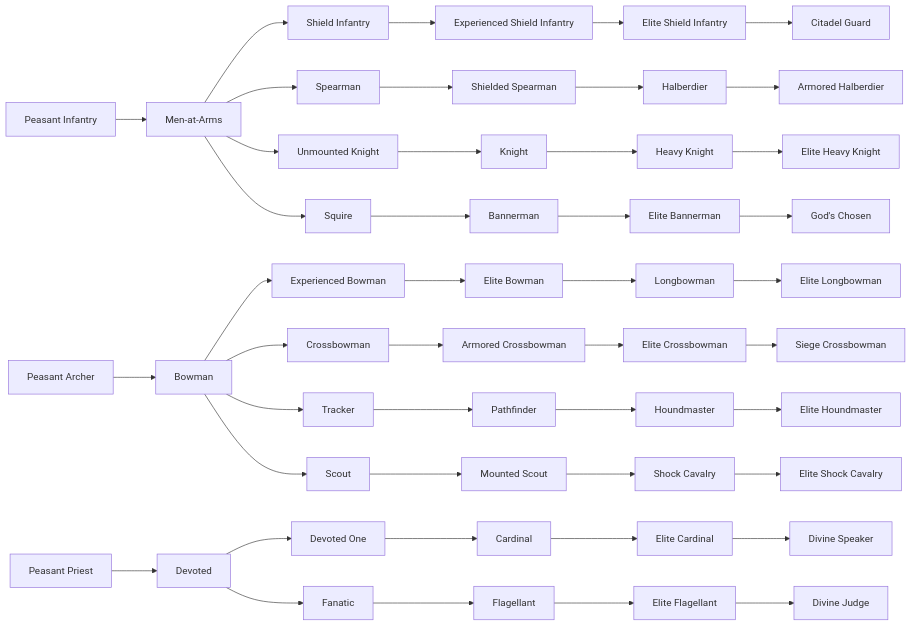
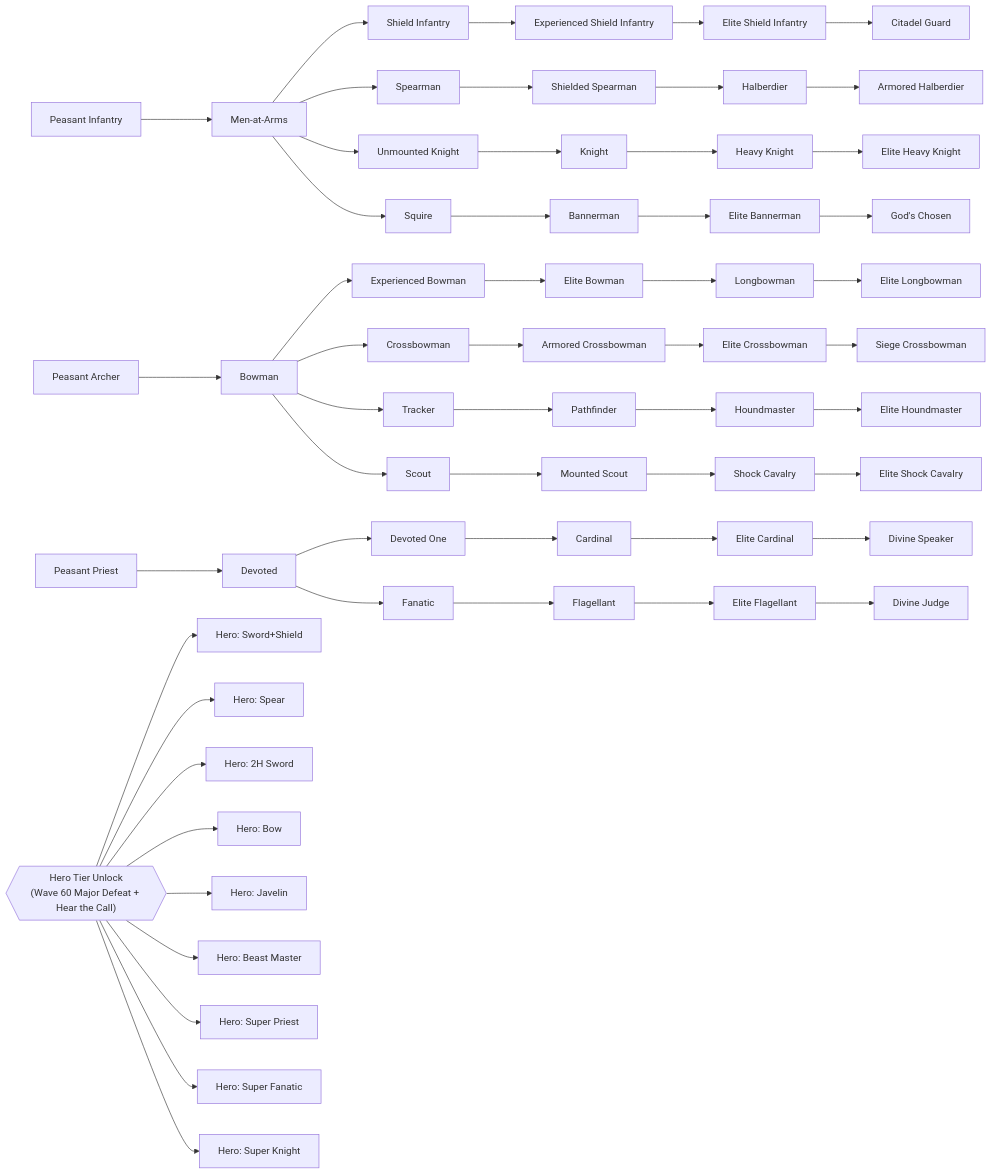
One commit to emilfilipov/crusade-roguelite changed the diagram in docs/SYSTEMS_REFERENCE.md. Above: the diagram before and after it, drawn with Mermaid. The commit also changed other lines of this file and 24 other files, not shown here.

````diff
--- a/docs/SYSTEMS_REFERENCE.md
+++ b/docs/SYSTEMS_REFERENCE.md
@@ -380,52 +441,63 @@
 ```mermaid
 flowchart LR
   PI["Peasant Infantry"] --> MA["Men-at-Arms"]
   PA["Peasant Archer"] --> BW["Bowman"]
   PP["Peasant Priest"] --> DV["Devoted"]
 
   MA --> SI["Shield Infantry"]
   MA --> SP["Spearman"]
   MA --> UK["Unmounted Knight"]
   MA --> SQ["Squire"]
 
   BW --> EB["Experienced Bowman"]
   BW --> XB["Crossbowman"]
   BW --> TR["Tracker"]
   BW --> SC["Scout"]
 
   DV --> DO["Devoted One"]
   DV --> FA["Fanatic"] 
 
   SI --> ESI["Experienced Shield Infantry"]
   SP --> SSP["Shielded Spearman"]
   UK --> KN["Knight"]
   SQ --> BN["Bannerman"]
   EB --> ELB["Elite Bowman"]
   XB --> AXB["Armored Crossbowman"]
   TR --> PF["Pathfinder"]
   SC --> MSC["Mounted Scout"]
   DO --> CAR["Cardinal"]
   FA --> FLA["Flagellant"]
 
   ESI --> ESH["Elite Shield Infantry"]
   SSP --> HAL["Halberdier"]
   KN --> HKN["Heavy Knight"]
   BN --> EBN["Elite Bannerman"]
   ELB --> LBM["Longbowman"]
   AXB --> EXB["Elite Crossbowman"]
   PF --> HM["Houndmaster"]
   MSC --> SHC["Shock Cavalry"]
   CAR --> ECAR["Elite Cardinal"]
   FLA --> EFLA["Elite Flagellant"]
 
   ESH --> CG["Citadel Guard"]
   HAL --> AHAL["Armored Halberdier"]
   HKN --> EHKN["Elite Heavy Knight"]
   EBN --> GC["God's Chosen"]
   LBM --> ELBM["Elite Longbowman"]
   EXB --> SXB["Siege Crossbowman"]
   HM --> EHM["Elite Houndmaster"]
   SHC --> ESHC["Elite Shock Cavalry"]
   ECAR --> DS["Divine Speaker"]
   EFLA --> DJ["Divine Judge"]
+
+  HTU{{"Hero Tier Unlock\n(Wave 60 Major Defeat + Hear the Call)"}}
+  HTU --> HSS["Hero: Sword+Shield"]
+  HTU --> HSPH["Hero: Spear"]
+  HTU --> H2H["Hero: 2H Sword"]
+  HTU --> HBW["Hero: Bow"]
+  HTU --> HJV["Hero: Javelin"]
+  HTU --> HBM["Hero: Beast Master"]
+  HTU --> HPR["Hero: Super Priest"]
+  HTU --> HFAH["Hero: Super Fanatic"]
+  HTU --> HSK["Hero: Super Knight"]
 ```
````
